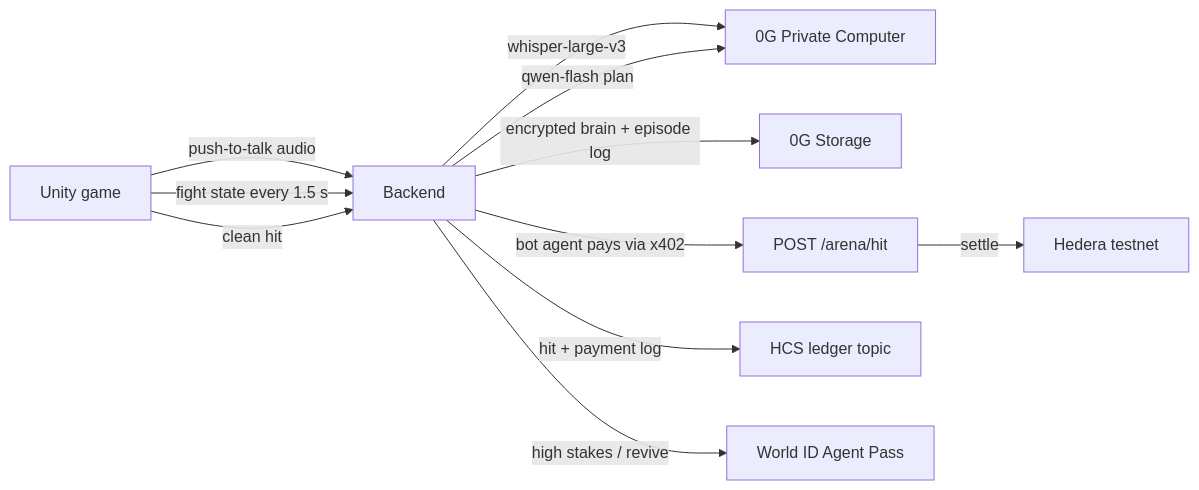
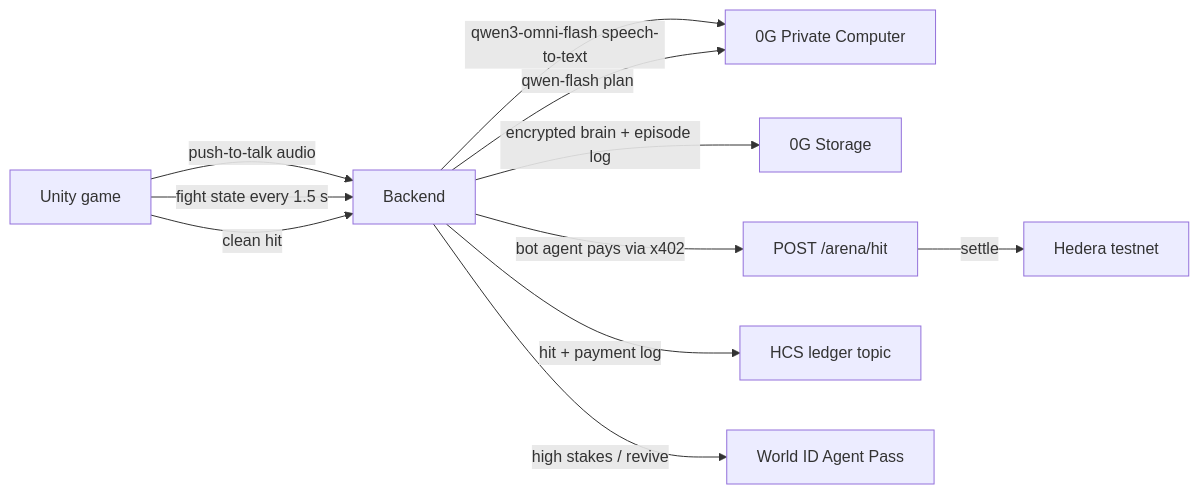
Before and after one commit to kalashshah/iron-corner: the diagram in README.md, drawn with Mermaid. The commit also changed other lines of this file and 8 other files, not shown here.

````diff
--- a/README.md
+++ b/README.md
@@ -13,13 +13,13 @@
 ```mermaid
 flowchart LR
   U[Unity game] -- push-to-talk audio --> B[Backend]
   U -- fight state every 1.5 s --> B
-  B -- whisper-large-v3 --> Z[0G Private Computer]
+  B -- qwen3-omni-flash speech-to-text --> Z[0G Private Computer]
   B -- qwen-flash plan --> Z
   B -- encrypted brain + episode log --> S[0G Storage]
   U -- clean hit --> B
   B -- bot agent pays via x402 --> X[POST /arena/hit]
   X -- settle --> H[Hedera testnet]
   B -- hit + payment log --> L[HCS ledger topic]
   B -- high stakes / revive --> W[World ID Agent Pass]
 ```
````
